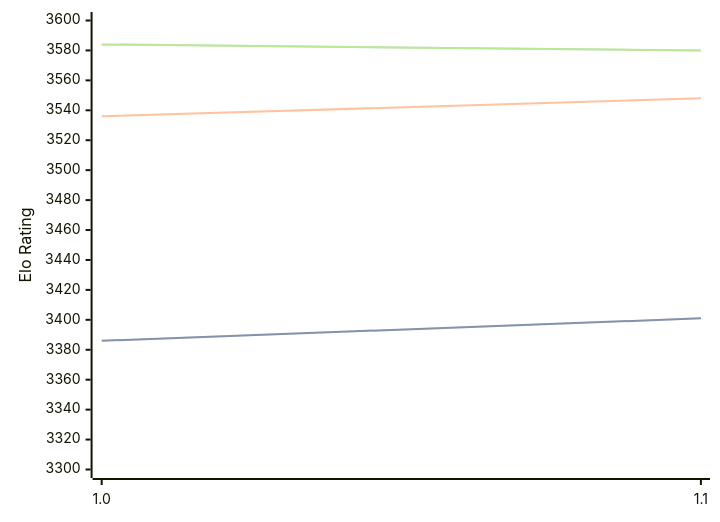
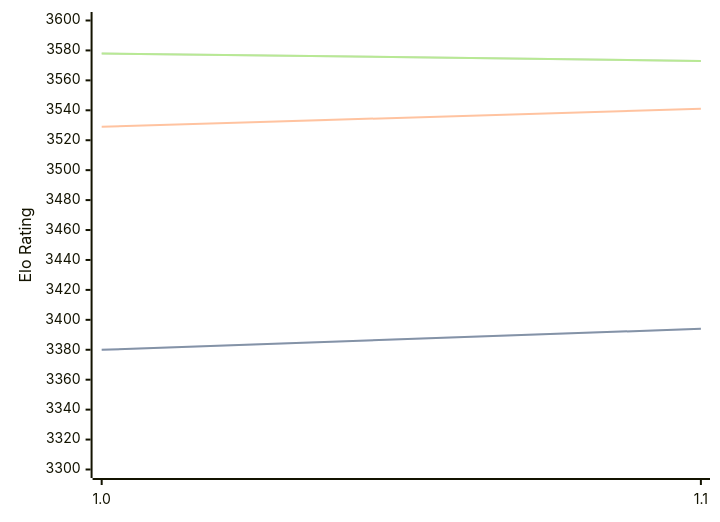
Before and after one commit to computer-chess-index/cci: the diagram in engines/Horsie.md, drawn with Mermaid. The commit also changed other lines of this file, not shown here.

Commit message:
Update CCI Ratings (ELO VLTC) - 2026-05-18

````diff
--- a/engines/Horsie.md
+++ b/engines/Horsie.md
@@ -32,11 +32,11 @@
 ```mermaid
 %%{init: {"theme":"base","themeVariables":{"seriesColors:['#a3a3a3','#222221','#faa371']}}}%%
 xychart-beta
   x-axis ["1.0", "1.1"]
   y-axis "Elo Rating" 3300 --> 3600
-  line "STC (8.0+0.08s)" [3386, 3401]
-  line "STC (8.0+0.08s)" [3386, 3401]
-  line "LTC (60.0+0.60s)" [3536, 3548]
-  line "VLTC (2m24s+1.12s)" [3584, 3580]
-  line "VLTC (2m24s+1.12s)" [3584, 3580]
+  line "STC (8.0+0.08s)" [3380, 3394]
+  line "STC (8.0+0.08s)" [3380, 3394]
+  line "LTC (60.0+0.60s)" [3529, 3541]
+  line "VLTC (2m24s+1.12s)" [3578, 3573]
+  line "VLTC (2m24s+1.12s)" [3578, 3573]
 ```
````
